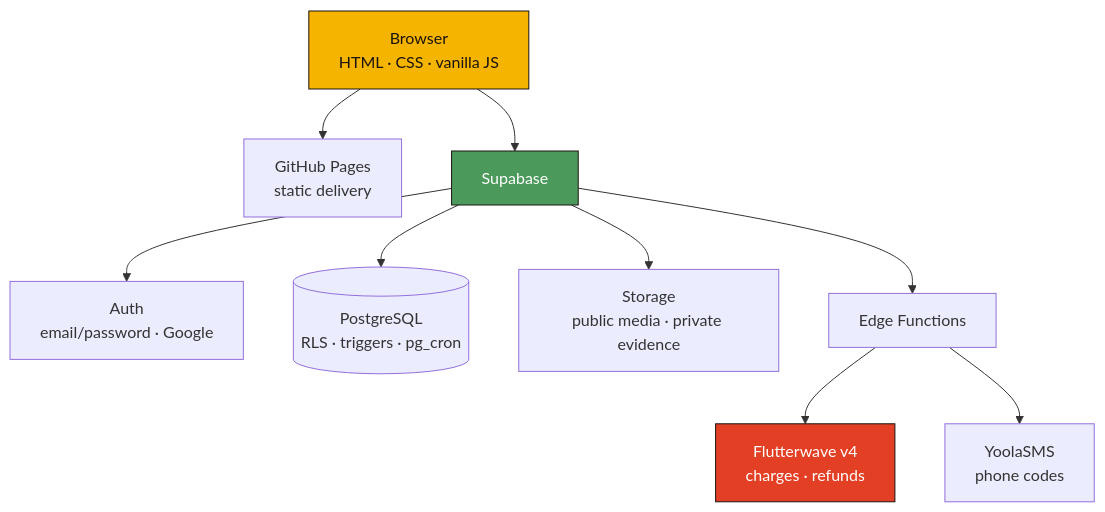
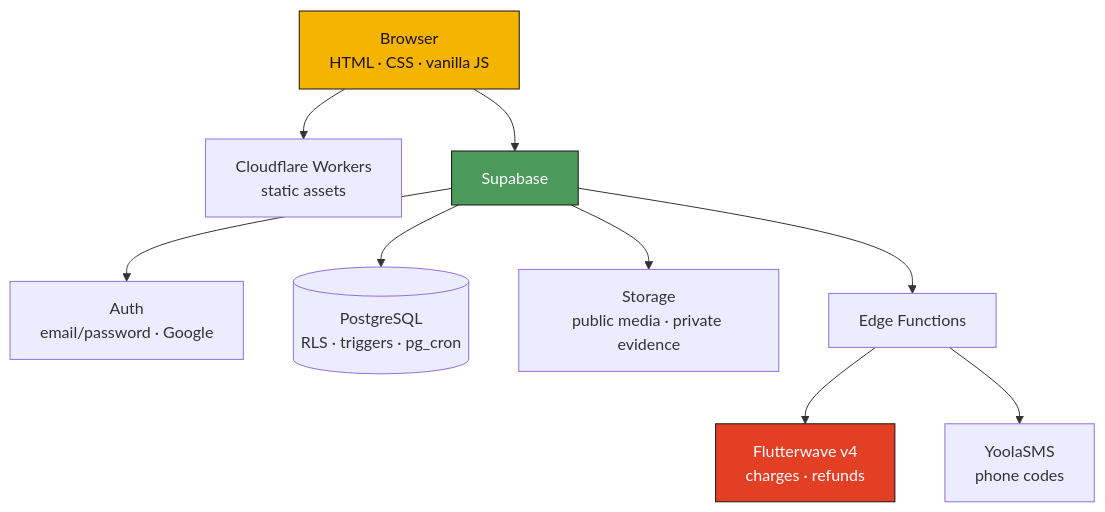
The fourth of 4 diagrams in README.md (SpeakPower-commits/tonninyira), drawn with Mermaid before and after one commit. The commit also changed other lines of this file and 7 other files, not shown here.

First line of the commit message:
Host on Cloudflare Workers instead of GitHub Pages

````diff
--- a/README.md
+++ b/README.md
@@ -160,14 +160,14 @@
 ```mermaid
 flowchart TB
-  B["Browser<br/>HTML · CSS · vanilla JS"] --> P["GitHub Pages<br/>static delivery"]
+  B["Browser<br/>HTML · CSS · vanilla JS"] --> P["Cloudflare Workers<br/>static assets"]
   B --> S["Supabase"]
   S --> AU["Auth<br/>email/password · Google"]
   S --> DB[("PostgreSQL<br/>RLS · triggers · pg_cron")]
   S --> ST["Storage<br/>public media · private evidence"]
   S --> EF["Edge Functions"]
   EF --> FW["Flutterwave v4<br/>charges · refunds"]
   EF --> SMS["YoolaSMS<br/>phone codes"]
   style B fill:#F5B400,stroke:#1C1410,color:#1C1410
   style S fill:#4C9A5B,stroke:#1C1410,color:#ffffff
   style FW fill:#E23F25,stroke:#1C1410,color:#ffffff
 ```
````
